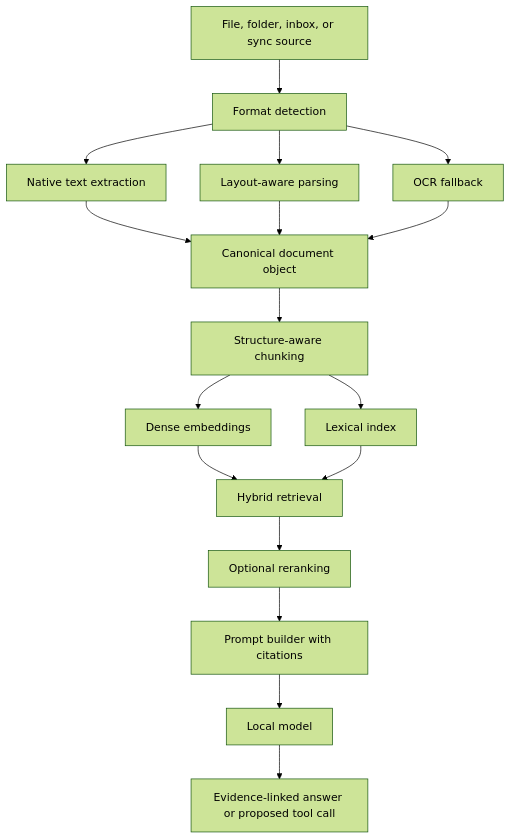
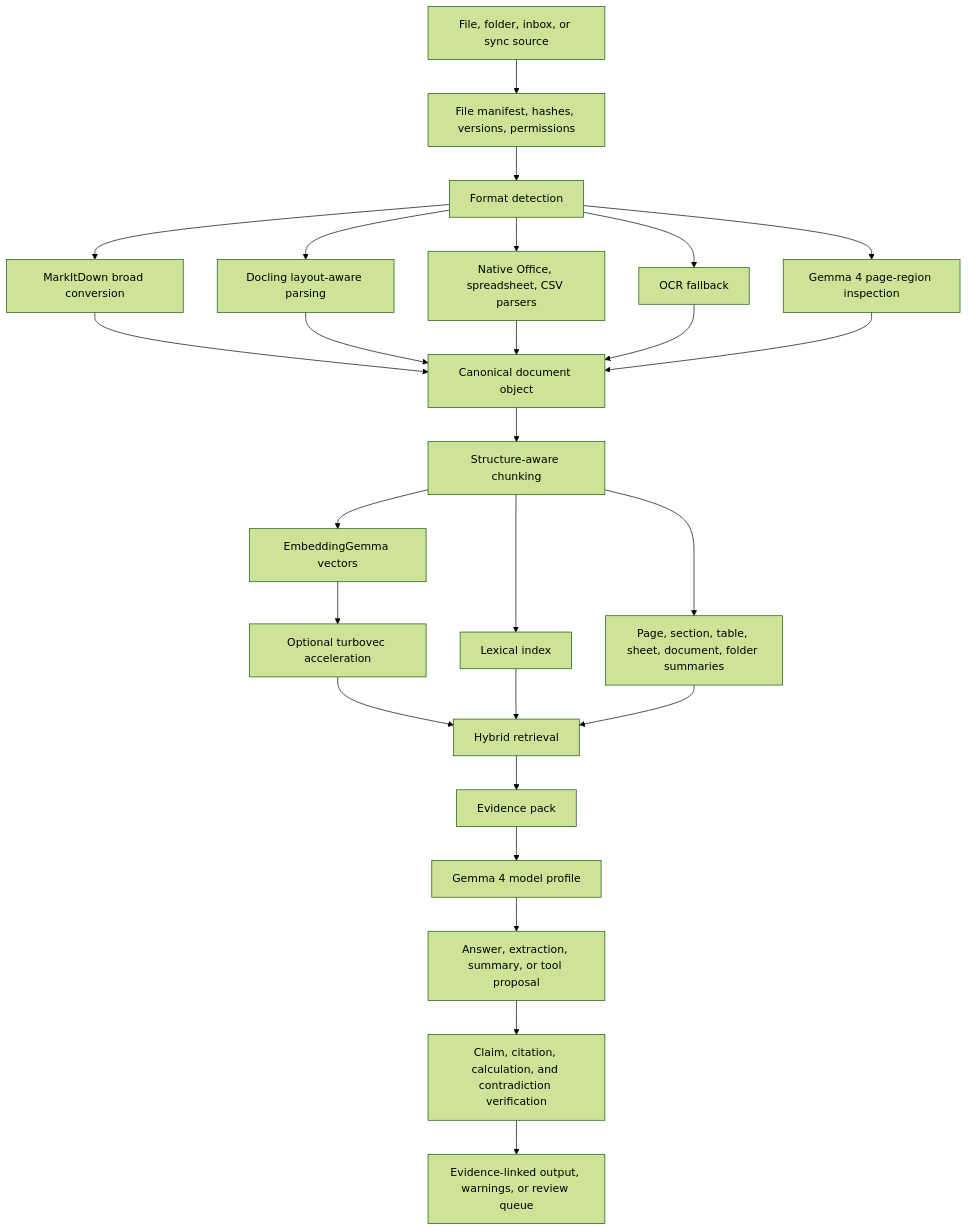
One commit to alex-alecu/vault-desk changed the diagram in docs/diagrams/document-pipeline.md. Above: the diagram before and after it, drawn with Mermaid (forest theme). The commit also changed other lines of this file and 15 other files, not shown here.

Commit message:
docs: refine Gemma architecture strategy

````diff
--- a/docs/diagrams/document-pipeline.md
+++ b/docs/diagrams/document-pipeline.md
@@ -5,21 +5,30 @@
 ```mermaid
 flowchart TD
-    Input["File, folder, inbox, or sync source"] --> Detect["Format detection"]
-    Detect --> Native["Native text extraction"]
-    Detect --> Layout["Layout-aware parsing"]
+    Input["File, folder, inbox, or sync source"] --> Manifest["File manifest, hashes, versions, permissions"]
+    Manifest --> Detect["Format detection"]
+    Detect --> MarkItDown["MarkItDown broad conversion"]
+    Detect --> Docling["Docling layout-aware parsing"]
+    Detect --> Native["Native Office, spreadsheet, CSV parsers"]
     Detect --> OCR["OCR fallback"]
+    Detect --> Multimodal["Gemma 4 page-region inspection"]
 
-    Native --> Canonical["Canonical document object"]
-    Layout --> Canonical
+    MarkItDown --> Canonical["Canonical document object"]
+    Docling --> Canonical
+    Native --> Canonical
     OCR --> Canonical
+    Multimodal --> Canonical
 
     Canonical --> Chunk["Structure-aware chunking"]
-    Chunk --> Dense["Dense embeddings"]
+    Chunk --> Summary["Page, section, table, sheet, document, folder summaries"]
+    Chunk --> Dense["EmbeddingGemma vectors"]
     Chunk --> Lexical["Lexical index"]
-    Dense --> Retrieve["Hybrid retrieval"]
+    Dense --> Turbo["Optional turbovec acceleration"]
+    Turbo --> Retrieve["Hybrid retrieval"]
     Lexical --> Retrieve
-    Retrieve --> Rerank["Optional reranking"]
-    Rerank --> Prompt["Prompt builder with citations"]
-    Prompt --> Model["Local model"]
-    Model --> Output["Evidence-linked answer or proposed tool call"]
+    Summary --> Retrieve
+    Retrieve --> Evidence["Evidence pack"]
+    Evidence --> Model["Gemma 4 model profile"]
+    Model --> Claims["Answer, extraction, summary, or tool proposal"]
+    Claims --> Verify["Claim, citation, calculation, and contradiction verification"]
+    Verify --> Output["Evidence-linked output, warnings, or review queue"]
 ```
````
